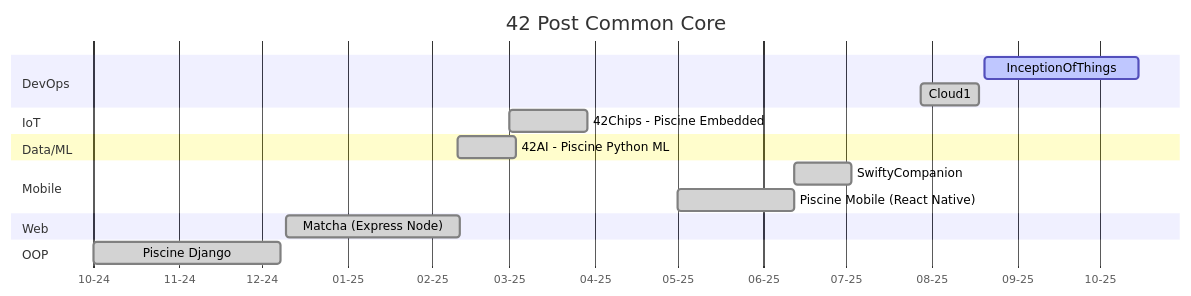
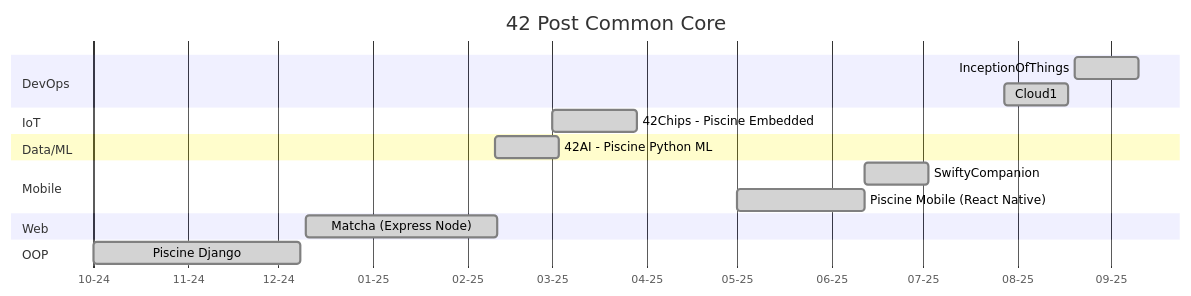
Before and after one commit to Tablerase/42_Projects: the first of 3 diagrams in README.md, drawn with Mermaid. The commit also changed other lines of this file and 454 other files, not shown here.

````diff
--- a/README.md
+++ b/README.md
@@ -121,29 +126,29 @@
 ```mermaid
 gantt
     title 42 Post Common Core
     dateFormat  YYYY-MM-DD
     axisFormat %m-%y
     todayMarker on
 
     section Goals
 
     section DevOps
-    InceptionOfThings : active, 2025-08-20, 8w
+    InceptionOfThings : done, 2025-08-20, 3w
     Cloud1 : done, 2025-07-28, 3w
 
     Section IoT
     42Chips - Piscine Embedded : done, 2025-03-01, 4w
 
     Section Data/ML
     42AI - Piscine Python ML : done, 2025-02-10, 3w
 
     section Mobile
     SwiftyCompanion : done, 2025-06-12, 3w
     Piscine Mobile (React Native) : done, 2025-05, 6w
 
     section Web
     Matcha (Express Node) : done, 2024-12-10, 9w
 
     section OOP
     Piscine Django : done, 2024-10-01, 2024-12-08
 ```
````
